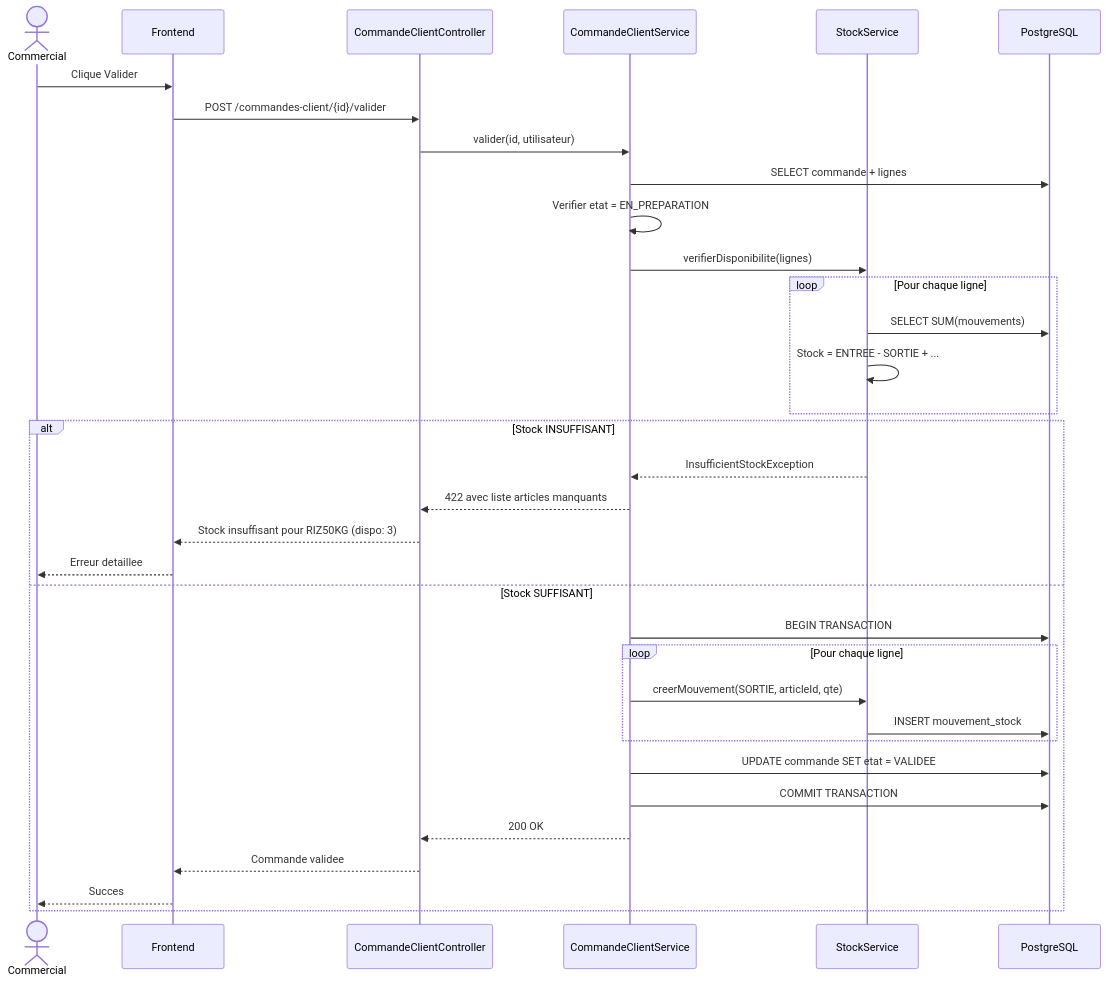
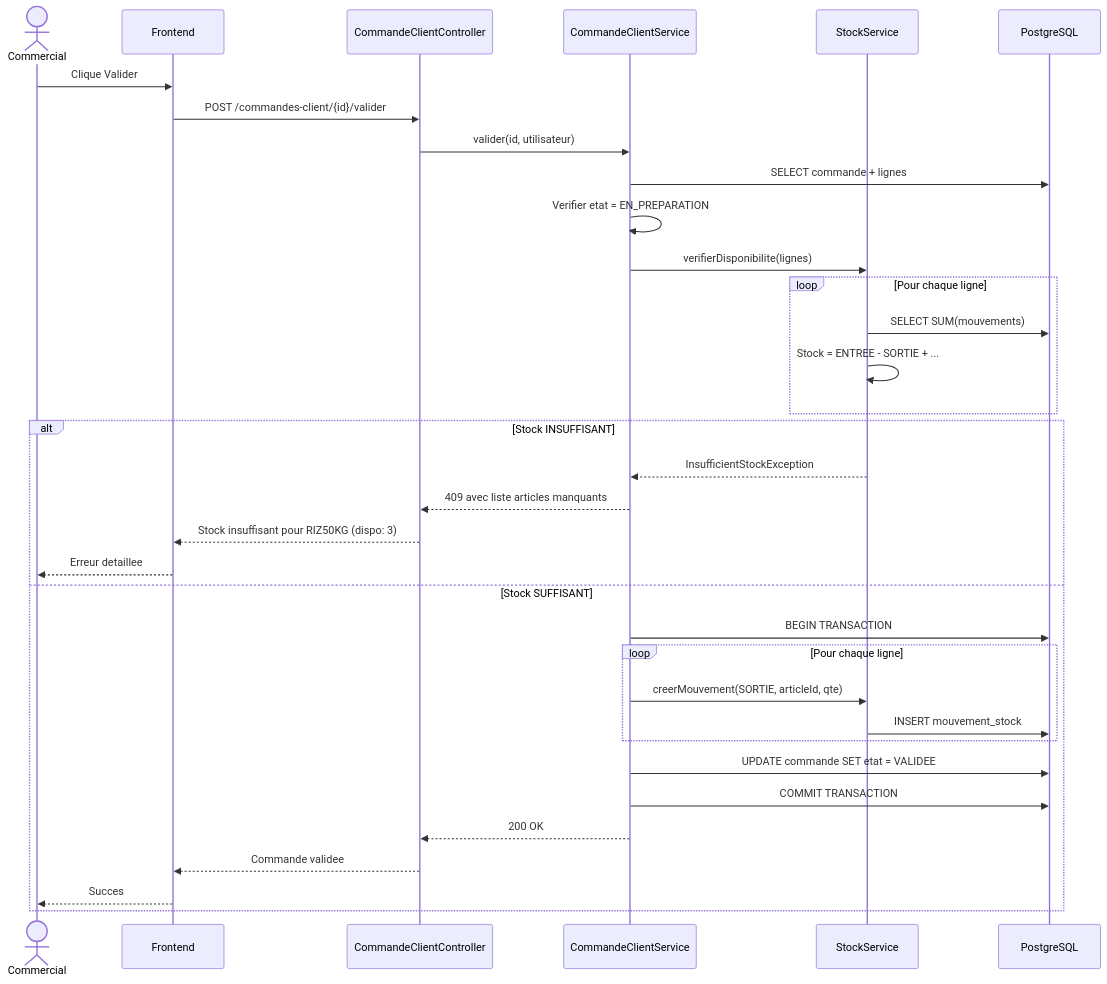
Before and after one commit to ulruchdev/gestion_de_stok_multifiliale: the second of 2 diagrams in document/diagrams/09-commandes-client-ventes-b2b.md, drawn with Mermaid. The commit also changed other lines of this file and 11 other files, not shown here.

````diff
--- a/document/diagrams/09-commandes-client-ventes-b2b.md
+++ b/document/diagrams/09-commandes-client-ventes-b2b.md
@@ -31,45 +31,45 @@
 ```mermaid
 sequenceDiagram
     actor CO as Commercial
     participant FE as Frontend
     participant API as CommandeClientController
     participant SVC as CommandeClientService
     participant STK as StockService
     participant DB as PostgreSQL
 
     CO->>FE: Clique Valider
     FE->>API: POST /commandes-client/{id}/valider
     API->>SVC: valider(id, utilisateur)
 
     SVC->>DB: SELECT commande + lignes
     SVC->>SVC: Verifier etat = EN_PREPARATION
 
     SVC->>STK: verifierDisponibilite(lignes)
 
     loop Pour chaque ligne
         STK->>DB: SELECT SUM(mouvements)
         STK->>STK: Stock = ENTREE - SORTIE + ...
     end
 
     alt Stock INSUFFISANT
         STK-->>SVC: InsufficientStockException
-        SVC-->>API: 422 avec liste articles manquants
+        SVC-->>API: 409 avec liste articles manquants
         API-->>FE: Stock insuffisant pour RIZ50KG (dispo: 3)
         FE-->>CO: Erreur detaillee
 
     else Stock SUFFISANT
         SVC->>DB: BEGIN TRANSACTION
 
         loop Pour chaque ligne
             SVC->>STK: creerMouvement(SORTIE, articleId, qte)
             STK->>DB: INSERT mouvement_stock
         end
 
         SVC->>DB: UPDATE commande SET etat = VALIDEE
         SVC->>DB: COMMIT TRANSACTION
 
         SVC-->>API: 200 OK
         API-->>FE: Commande validee
         FE-->>CO: Succes
     end
 ```
````
